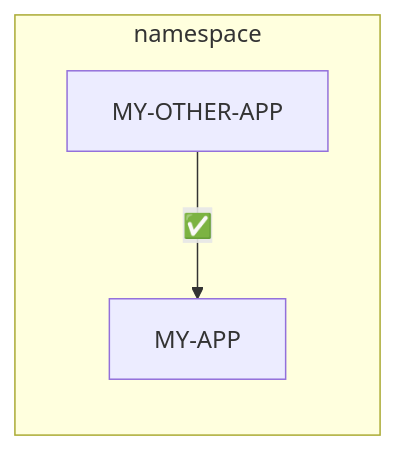
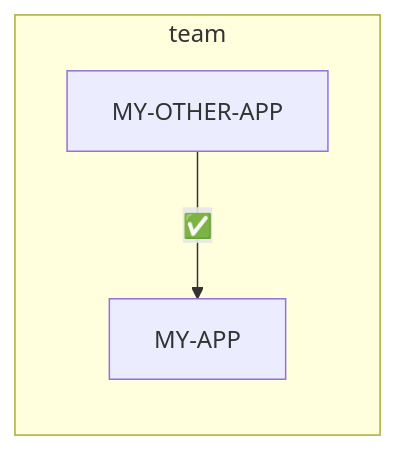
The first of 5 diagrams in docs/workloads/how-to/access-policies.md (nais/doc), drawn with Mermaid before and after one commit. The commit also changed other lines of this file and 8 other files, not shown here.

````diff
--- a/docs/workloads/how-to/access-policies.md
+++ b/docs/workloads/how-to/access-policies.md
@@ -33,12 +37,12 @@
     ```mermaid
     graph LR
-      accTitle: Receive requests from other workload in the same namespace
-      accDescr: The diagram shows two applications in the same namespace, MY-APP and MY-OTHER-APP. Application MY-APP is allowed to receive requests from MY-OTHER-APP.
+      accTitle: Receive requests from another workload in the same team
+      accDescr: The diagram shows two applications in the same team, MY-APP and MY-OTHER-APP. Application MY-APP is allowed to receive requests from MY-OTHER-APP.
 
       MY-OTHER-APP--"✅"-->MY-APP
 
-      subgraph namespace
+      subgraph team
         MY-OTHER-APP
         MY-APP
       end
     ```
````
